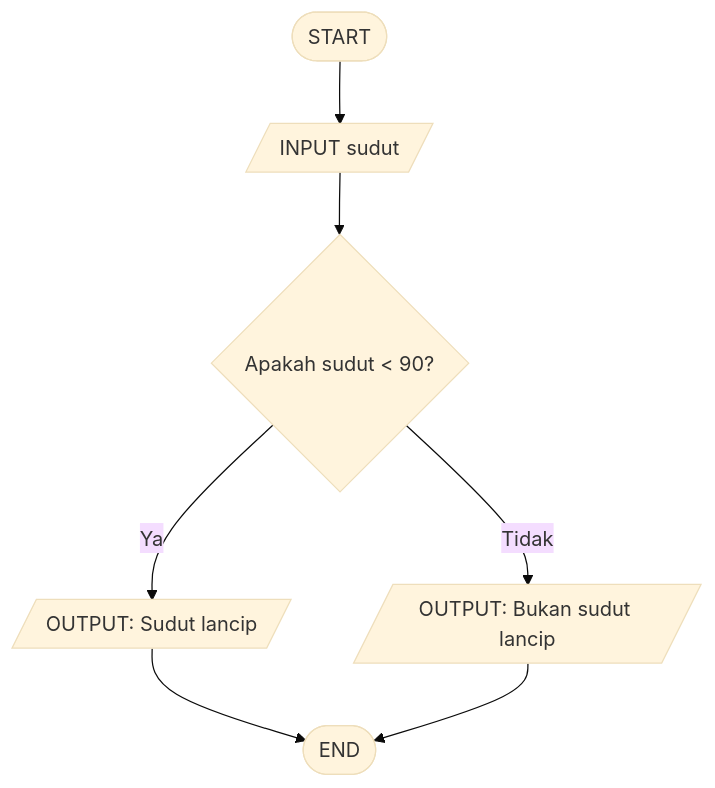
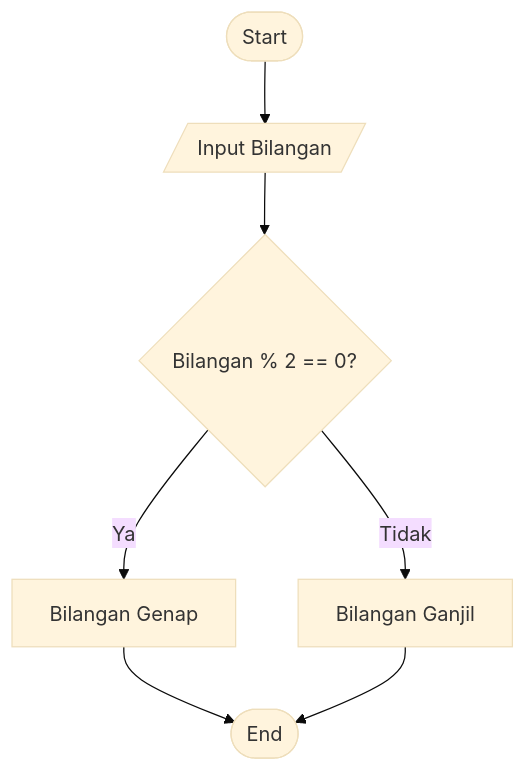
One commit to MuhamadNurulbayan/M-nurul-bayan changed the diagram in README.md. Above: the diagram before and after it, drawn with Mermaid (base theme).

Commit message:
Update flowchart for number parity check

````diff
--- a/README.md
+++ b/README.md
@@ -29,11 +29,9 @@
 ```mermaid
 flowchart TD
-    A([START]) --> B[/INPUT sudut/]
-    B --> C{Apakah sudut < 90?}
-
-    C -->|Ya| D[/OUTPUT: Sudut lancip/]
-    C -->|Tidak| E[/OUTPUT: Bukan sudut lancip/]
-
-    D --> F([END])
+    A([Start]) --> B[/Input Bilangan/]
+    B --> C{Bilangan % 2 == 0?}
+    C -->|Ya| D[Bilangan Genap]
+    C -->|Tidak| E[Bilangan Ganjil]
+    D --> F([End])
     E --> F
 ```
````
